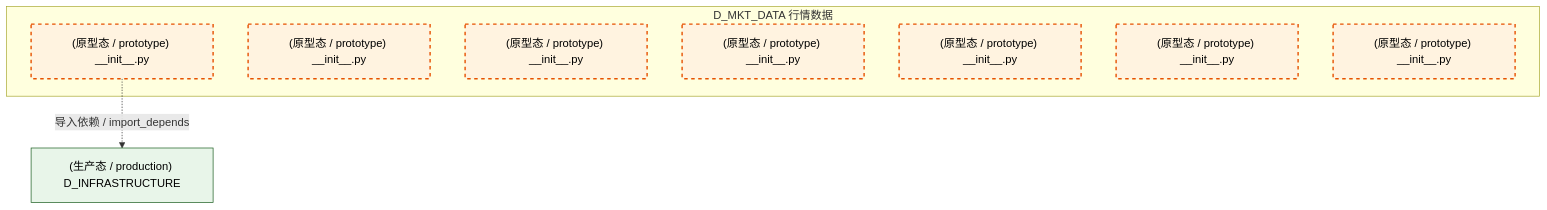
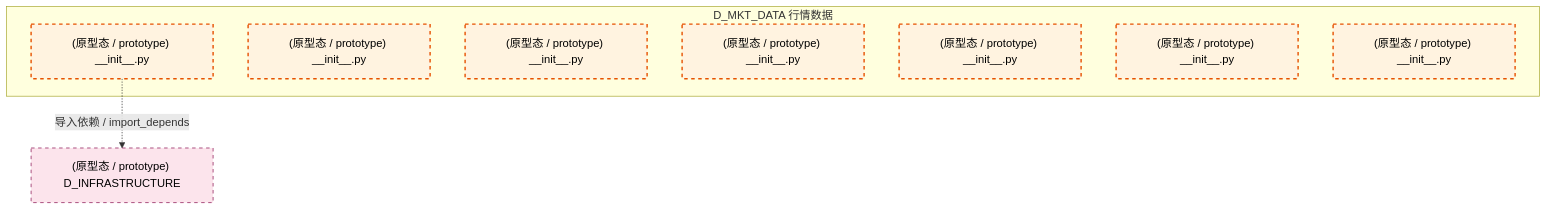
Before and after one commit to xuanFelixVan/ZephyrAlpha: the third of 4 diagrams in docs/02_enterprise_architecture/02_domain_architecture_docs/20_d_mkt_data.md, drawn with Mermaid. The commit also changed other lines of this file and 126 other files, not shown here.

````diff
--- a/docs/02_enterprise_architecture/02_domain_architecture_docs/20_d_mkt_data.md
+++ b/docs/02_enterprise_architecture/02_domain_architecture_docs/20_d_mkt_data.md
@@ -128,20 +122,20 @@
 ```mermaid
 graph TD
     subgraph D_MKT_DATA["D_MKT_DATA 行情数据"]
         src_zephyr_market_data_init_py["(原型态 / prototype) __init__.py"]
         src_zephyr_market_data_extensions_init_py["(原型态 / prototype) __init__.py"]
         src_zephyr_market_data_api_init_py["(原型态 / prototype) __init__.py"]
         src_zephyr_market_data_core_init_py["(原型态 / prototype) __init__.py"]
         src_zephyr_market_data_infrastructure_init_py["(原型态 / prototype) __init__.py"]
         src_zephyr_market_data_models_init_py["(原型态 / prototype) __init__.py"]
         src_zephyr_market_data_services_init_py["(原型态 / prototype) __init__.py"]
     end
-    D_INFRASTRUCTURE["(生产态 / production) D_INFRASTRUCTURE"]
+    D_INFRASTRUCTURE["(原型态 / prototype) D_INFRASTRUCTURE"]
     src_zephyr_market_data_init_py -.->|导入依赖 / import_depends| D_INFRASTRUCTURE
     classDef production fill:#e1f5fe,stroke:#01579b,stroke-width:2px,color:#000
     classDef design fill:#fff3e0,stroke:#e65100,stroke-width:2px,color:#000,stroke-dasharray: 5 5
     classDef external_prod fill:#e8f5e9,stroke:#1b5e20,stroke-width:1px,color:#000
     classDef external_design fill:#fce4ec,stroke:#880e4f,stroke-width:1px,color:#000,stroke-dasharray: 5 5
     class src_zephyr_market_data_init_py,src_zephyr_market_data_extensions_init_py,src_zephyr_market_data_api_init_py,src_zephyr_market_data_core_init_py,src_zephyr_market_data_infrastructure_init_py,src_zephyr_market_data_models_init_py,src_zephyr_market_data_services_init_py design
-    class D_INFRASTRUCTURE external_prod
+    class D_INFRASTRUCTURE external_design
 ```
````
